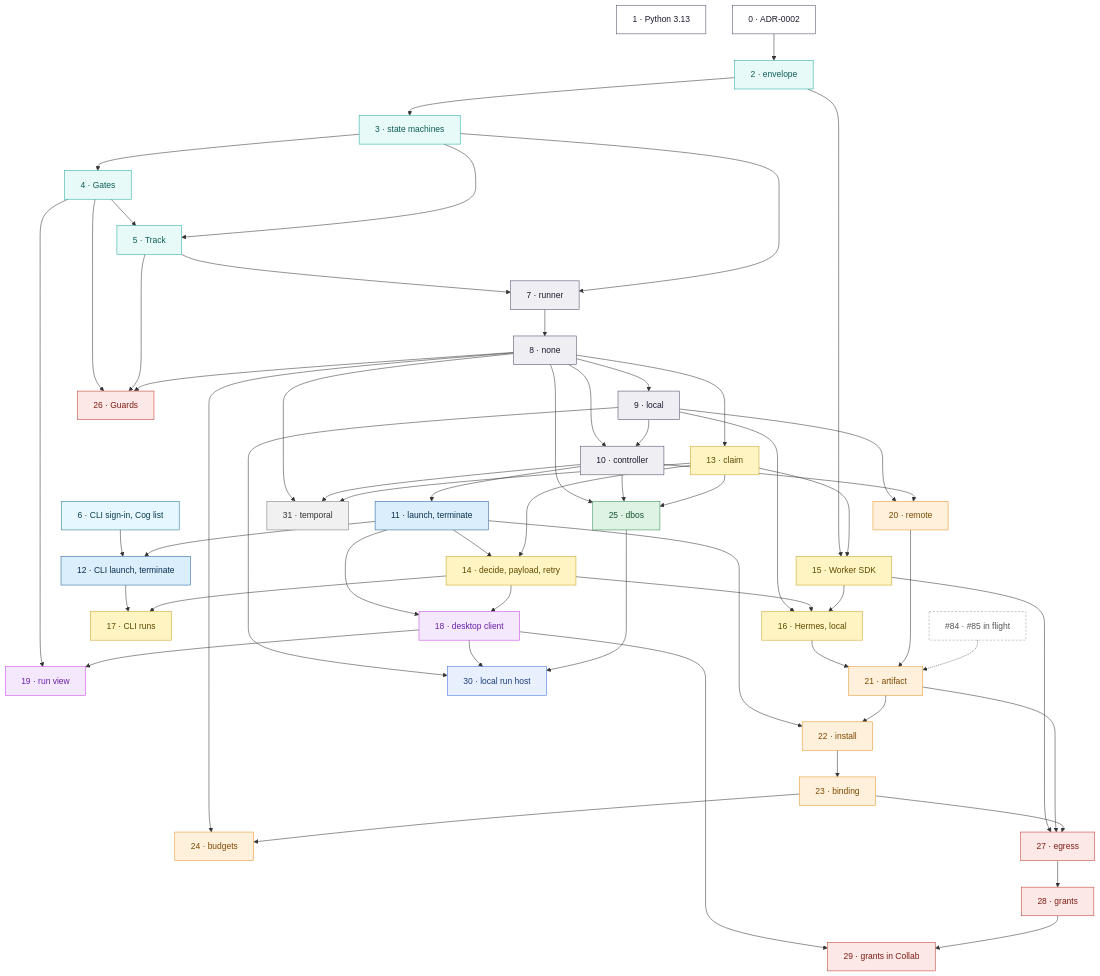
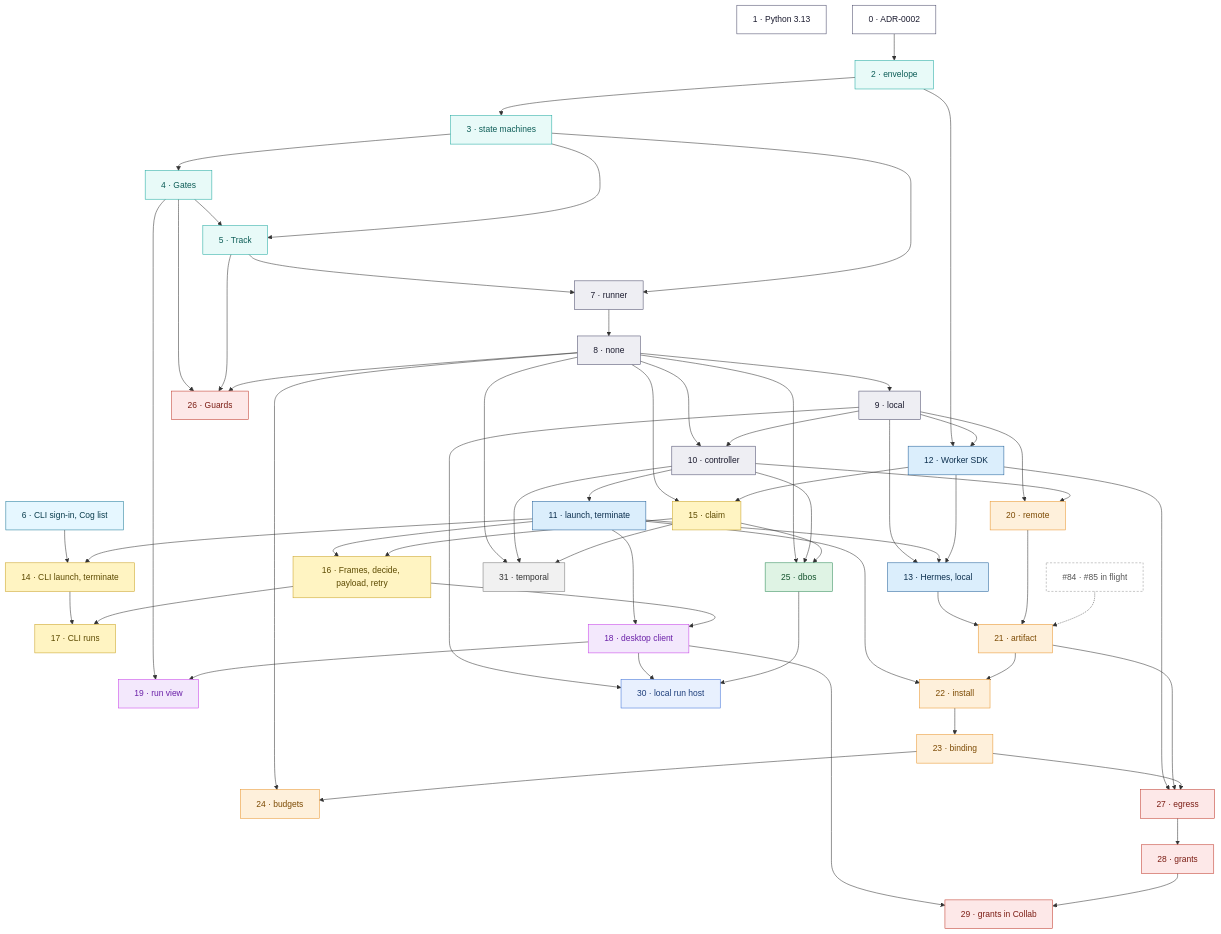
One commit to nebari-dev/collab-hub-pack changed the second of 5 diagrams in COG_EXECUTION.md. Above: the diagram before and after it, drawn with Mermaid. The commit also changed other lines of this file, not shown here.

First line of the commit message:
Plan: Hermes launched right after the runner, the CLI beside it

````diff
--- a/COG_EXECUTION.md
+++ b/COG_EXECUTION.md
@@ -1008,54 +1008,55 @@
 ```mermaid
 flowchart TD
   ph1["1 · Python 3.13"]
   ph0["0 · ADR-0002"] --> ph2["2 · envelope"] --> ph3["3 · state machines"] --> ph4["4 · Gates"] --> ph5["5 · Track"] --> ph7["7 · runner"] --> ph8["8 · none"]
   ph6["6 · CLI sign-in, Cog list"]
   ph3 --> ph5 & ph7
-  ph8 --> ph9["9 · local"] & ph13["13 · claim"]
+  ph8 --> ph9["9 · local"]
   ph8 & ph9 --> ph10["10 · controller"] --> ph11["11 · launch, terminate"]
-  ph6 & ph11 --> ph12["12 · CLI launch, terminate"]
-  ph11 & ph13 --> ph14["14 · decide, payload, retry"]
-  ph2 & ph13 --> ph15["15 · Worker SDK"]
-  ph9 & ph14 & ph15 --> ph16["16 · Hermes, local"]
-  ph12 & ph14 --> ph17["17 · CLI runs"]
-  ph11 & ph14 --> ph18["18 · desktop client"]
+  ph2 & ph9 --> ph12["12 · Worker SDK"]
+  ph9 & ph11 & ph12 --> ph13["13 · Hermes, local"]
+  ph6 & ph11 --> ph14["14 · CLI launch, terminate"]
+  ph8 & ph12 --> ph15["15 · claim"]
+  ph11 & ph15 --> ph16["16 · Frames, decide, payload, retry"]
+  ph14 & ph16 --> ph17["17 · CLI runs"]
+  ph11 & ph16 --> ph18["18 · desktop client"]
   ph4 & ph18 --> ph19["19 · run view"]
   ph9 & ph10 --> ph20["20 · remote"]
-  ph16 & ph20 --> ph21["21 · artifact"]
+  ph13 & ph20 --> ph21["21 · artifact"]
   reg["#84 · #85 in flight"] -.-> ph21
   ph11 & ph21 --> ph22["22 · install"] --> ph23["23 · binding"]
   ph8 & ph23 --> ph24["24 · budgets"]
-  ph8 & ph10 & ph13 --> ph25["25 · dbos"]
+  ph8 & ph10 & ph15 --> ph25["25 · dbos"]
   ph4 & ph5 & ph8 --> ph26["26 · Guards"]
-  ph15 & ph21 & ph23 --> ph27["27 · egress"] --> ph28["28 · grants"]
+  ph12 & ph21 & ph23 --> ph27["27 · egress"] --> ph28["28 · grants"]
   ph18 & ph28 --> ph29["29 · grants in Collab"]
   ph9 & ph18 & ph25 --> ph30["30 · local run host"]
-  ph8 & ph10 & ph13 --> ph31["31 · temporal"]
+  ph8 & ph10 & ph15 --> ph31["31 · temporal"]
 
   classDef m0 fill:#ffffff,stroke:#4a4a6a,color:#1a1a2e
   classDef m1 fill:#e8faf8,stroke:#20aaa1,color:#0d5d57
   classDef m2 fill:#e6f7ff,stroke:#1f7a99,color:#0b3d4d
   classDef m3 fill:#eeeef3,stroke:#4a4a6a,color:#1a1a2e
   classDef m4 fill:#dbeefc,stroke:#1f5f99,color:#0b2e4d
   classDef m5 fill:#fff4c2,stroke:#c9a227,color:#5c4a00
   classDef m6 fill:#f3e8fc,stroke:#c840e9,color:#6b21a8
   classDef m7 fill:#fef0db,stroke:#e8952c,color:#7c4a03
   classDef m8 fill:#dff3e4,stroke:#2e8b57,color:#14532d
   classDef m9 fill:#fde8e8,stroke:#c0392b,color:#7b1d14
   classDef m10 fill:#e8f0fe,stroke:#3b6fd8,color:#1c3d7a
   classDef m11 fill:#f1f1f1,stroke:#777,color:#333
   classDef ext fill:#ffffff,stroke:#999,color:#555,stroke-dasharray: 4 3
   class ph0,ph1 m0
   class ph2,ph3,ph4,ph5 m1
   class ph6 m2
   class ph7,ph8,ph9,ph10 m3
-  class ph11,ph12 m4
-  class ph13,ph14,ph15,ph16,ph17 m5
+  class ph11,ph12,ph13 m4
+  class ph14,ph15,ph16,ph17 m5
   class ph18,ph19 m6
   class ph20,ph21,ph22,ph23,ph24 m7
   class ph25 m8
   class ph26,ph27,ph28,ph29 m9
   class ph30 m10
   class ph31 m11
   class reg ext
 ```
````
